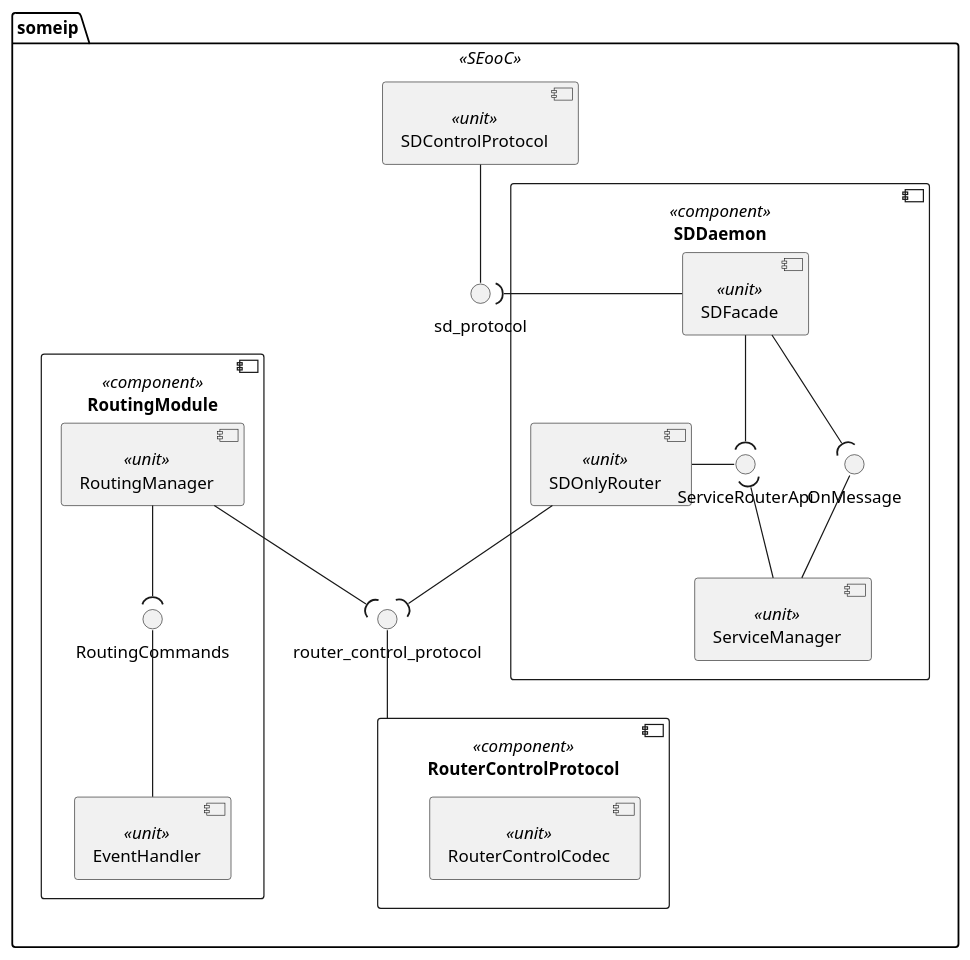
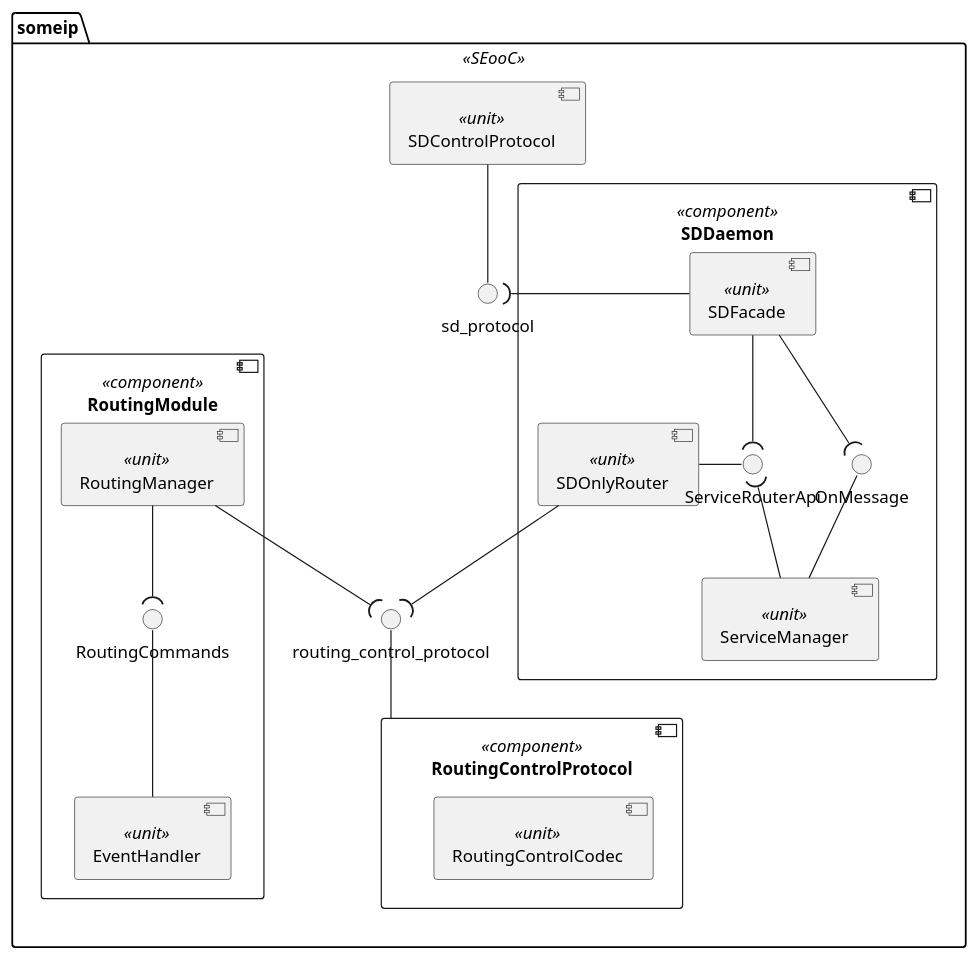
One commit to eclipse-score/communication changed the diagram in score/someip/dependability/architectural_design/static_design/overall.puml. Above: the diagram before and after it, drawn with PlantUML. The commit also changed 26 other files, not shown here.

First line of the commit message:
someip: align routing control names across architecture

```diff
--- a/score/someip/dependability/architectural_design/static_design/overall.puml
+++ b/score/someip/dependability/architectural_design/static_design/overall.puml
@@ -13,46 +13,46 @@
 @startuml SomeIp_StaticDesign
 
 package someip <<SEooC>> {
 
   component SDControlProtocol <<unit>>
-  component RouterControlProtocol <<component>> {
-    component RouterControlCodec <<unit>>
+  component RoutingControlProtocol <<component>> {
+    component RoutingControlCodec <<unit>>
   }
 
 
   interface sd_protocol
-  interface router_control_protocol
+  interface routing_control_protocol
 
-  RouterControlProtocol -u- router_control_protocol
+  RoutingControlProtocol -u- routing_control_protocol
   SDControlProtocol -d- sd_protocol
 
   component SDDaemon <<component>> {
     component ServiceManager <<unit>>
     component SDFacade <<unit>>
     component SDOnlyRouter <<unit>>
 
     interface OnMessage
     interface ServiceRouterApi
 
     SDFacade --( OnMessage
     ServiceManager -u- OnMessage
     SDFacade --( ServiceRouterApi
     ServiceManager -l-( ServiceRouterApi
     SDOnlyRouter -r- ServiceRouterApi
-    SDOnlyRouter --( router_control_protocol
+    SDOnlyRouter --( routing_control_protocol
     SDFacade -l-( sd_protocol
   }
 
   component RoutingModule <<component>> {
     component EventHandler <<unit>>
     component RoutingManager <<unit>>
 
     interface RoutingCommands
 
     EventHandler -u- RoutingCommands
     RoutingManager --( RoutingCommands
-    RoutingManager --( router_control_protocol
+    RoutingManager --( routing_control_protocol
   }
 }
 
 @enduml
```
